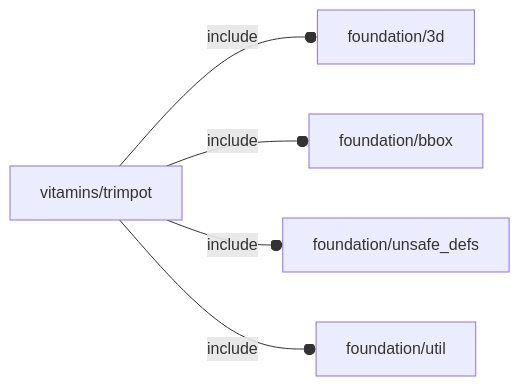
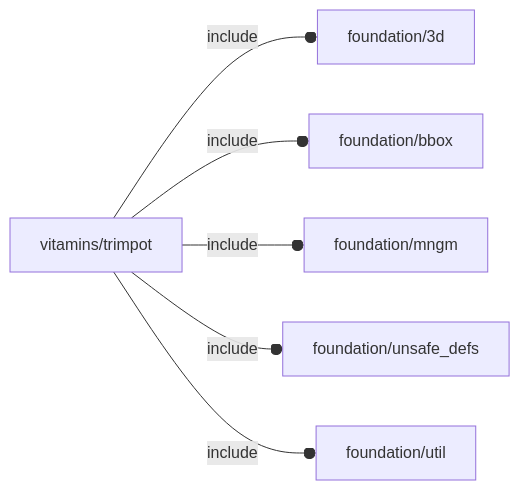
Before and after one commit to ggabbiani/OFL: the diagram in orthodocs/vitamins/trimpot.md, drawn with Mermaid. The commit also changed 39 other files, not shown here.

````diff
--- a/orthodocs/vitamins/trimpot.md
+++ b/orthodocs/vitamins/trimpot.md
@@ -5,7 +5,8 @@
 ```mermaid
 graph LR
     A1[vitamins/trimpot] --o|include| A2[foundation/3d]
     A1 --o|include| A3[foundation/bbox]
-    A1 --o|include| A4[foundation/unsafe_defs]
-    A1 --o|include| A5[foundation/util]
+    A1 --o|include| A4[foundation/mngm]
+    A1 --o|include| A5[foundation/unsafe_defs]
+    A1 --o|include| A6[foundation/util]
 ```
````
